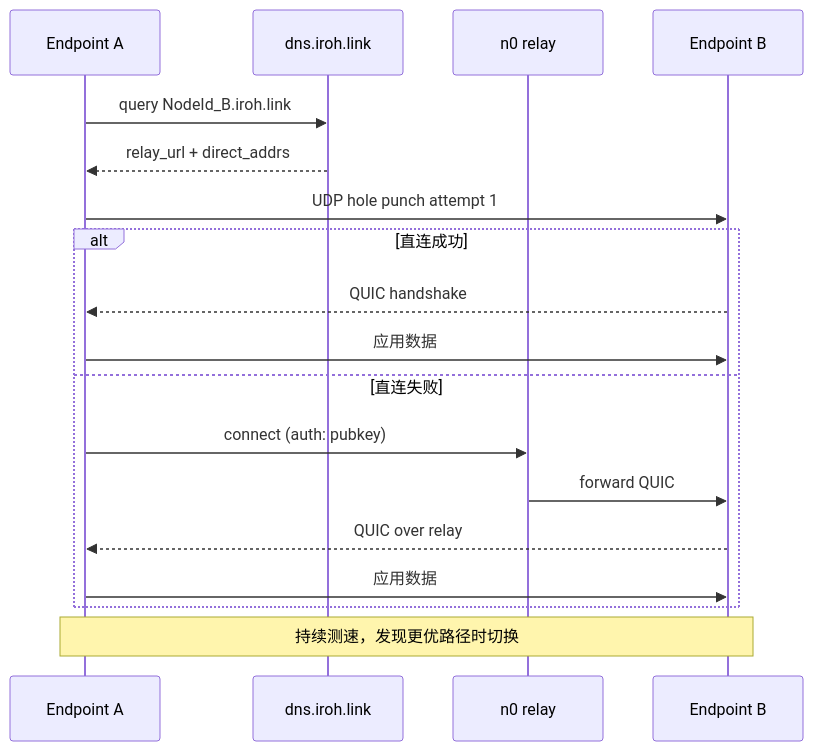
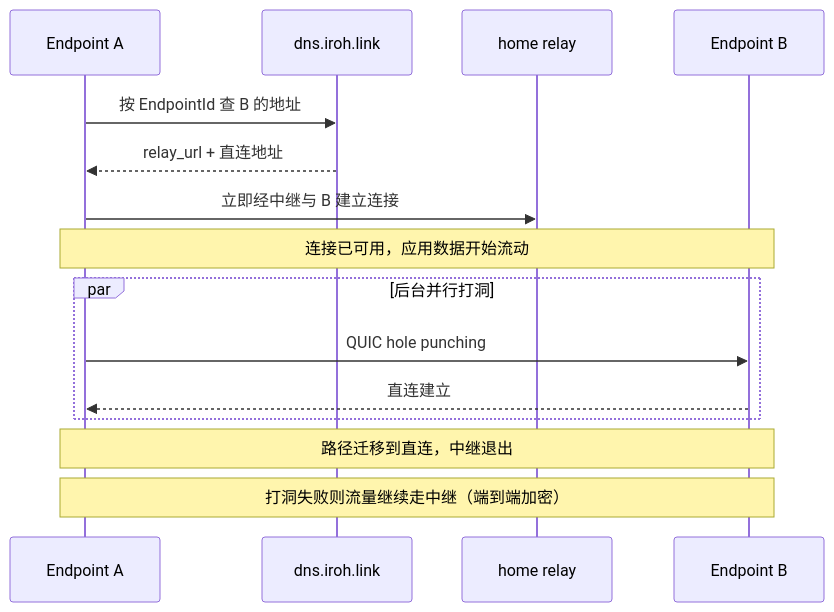
Before and after one commit to A1pha3/text-matrix: the diagram in content/posts/tech/n0-computer-iroh-modular-networking-stack.md, drawn with Mermaid. The commit also changed other lines of this file and 331 other files, not shown here.

````diff
--- a/content/posts/tech/n0-computer-iroh-modular-networking-stack.md
+++ b/content/posts/tech/n0-computer-iroh-modular-networking-stack.md
@@ -291,21 +184,18 @@
 ```mermaid
 sequenceDiagram
     participant A as Endpoint A
     participant DNS as dns.iroh.link
-    participant Relay as n0 relay
+    participant Relay as home relay
     participant B as Endpoint B
 
-    A->>DNS: query NodeId_B.iroh.link
-    DNS-->>A: relay_url + direct_addrs
-    A->>B: UDP hole punch attempt 1
-    alt 直连成功
-        B-->>A: QUIC handshake
-        A->>B: 应用数据
-    else 直连失败
-        A->>Relay: connect (auth: pubkey)
-        Relay->>B: forward QUIC
-        B-->>A: QUIC over relay
-        A->>B: 应用数据
+    A->>DNS: 按 EndpointId 查 B 的地址
+    DNS-->>A: relay_url + 直连地址
+    A->>Relay: 立即经中继与 B 建立连接
+    Note over A,B: 连接已可用，应用数据开始流动
+    par 后台并行打洞
+        A->>B: QUIC hole punching
+        B-->>A: 直连建立
     end
-    Note over A,B: 持续测速，发现更优路径时切换
+    Note over A,B: 路径迁移到直连，中继退出
+    Note over A,B: 打洞失败则流量继续走中继（端到端加密）
 ```
````
